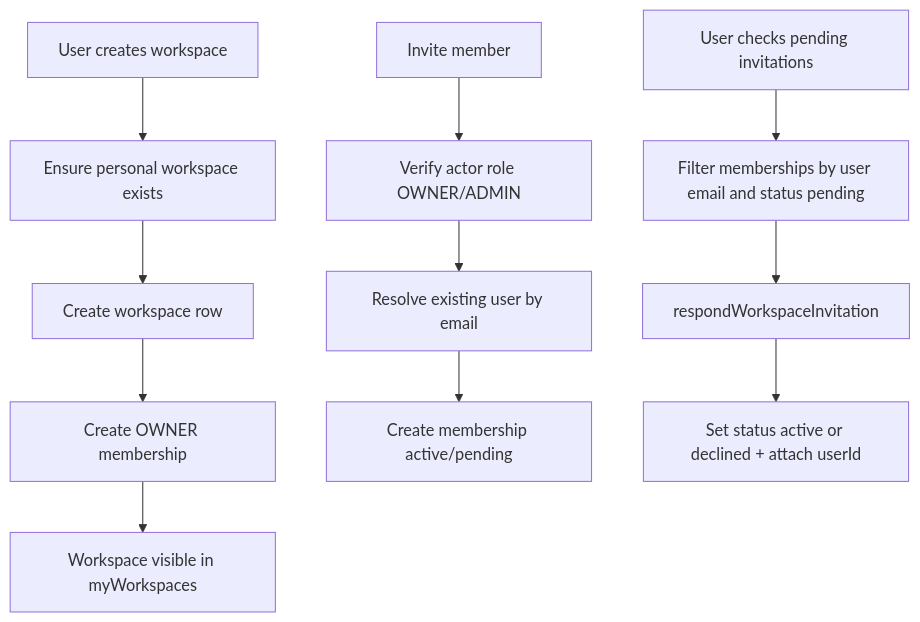
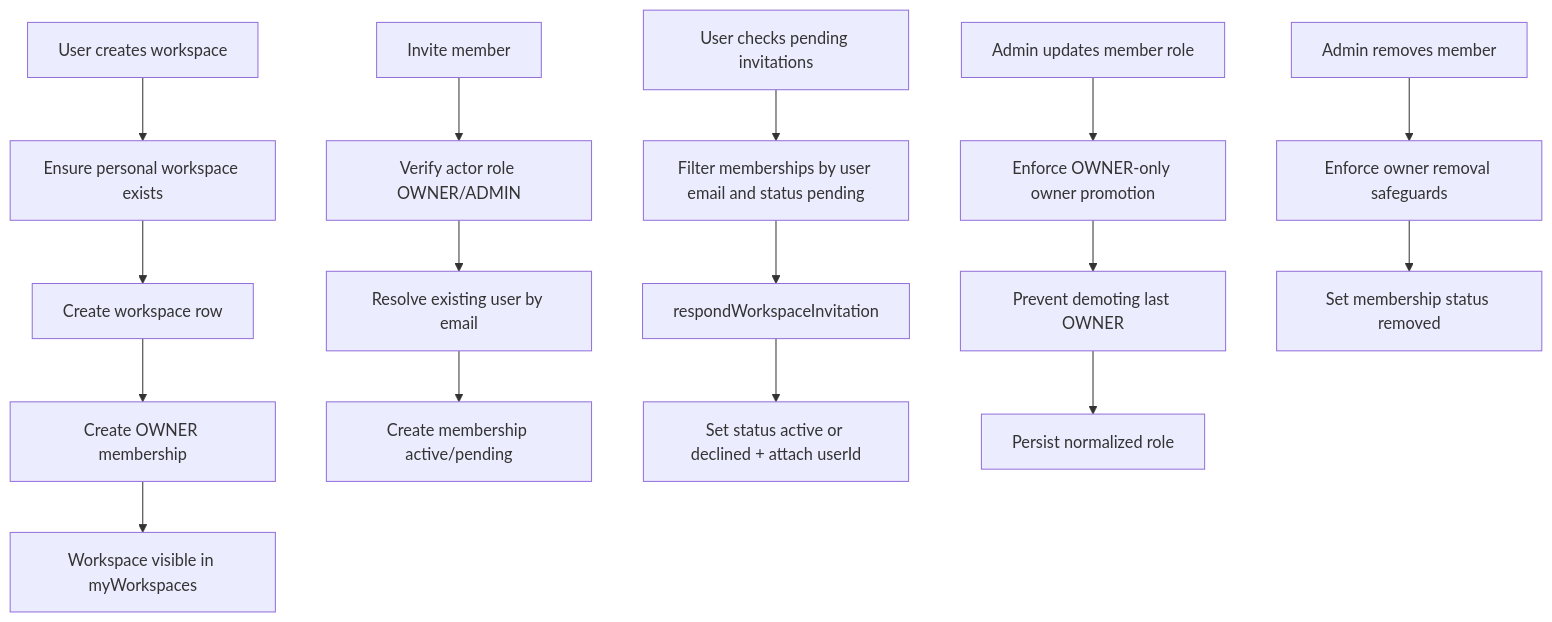
The diagram in apps/backend/src/workspace/README.md (AmanVatsSharma/MailZen-Smart-Email-Management), drawn with Mermaid before and after one commit. The commit also changed other lines of this file and 6 other files, not shown here.

Commit message:
Expand workspace member role and removal management

````diff
--- a/apps/backend/src/workspace/README.md
+++ b/apps/backend/src/workspace/README.md
@@ -38,15 +40,22 @@
 ```mermaid
 flowchart TD
   A[User creates workspace] --> B[Ensure personal workspace exists]
   B --> C[Create workspace row]
   C --> D[Create OWNER membership]
   D --> E[Workspace visible in myWorkspaces]
 
   F[Invite member] --> G[Verify actor role OWNER/ADMIN]
   G --> H[Resolve existing user by email]
   H --> I[Create membership active/pending]
 
   J[User checks pending invitations] --> K[Filter memberships by user email and status pending]
   K --> L[respondWorkspaceInvitation]
   L --> M[Set status active or declined + attach userId]
+
+  N[Admin updates member role] --> O[Enforce OWNER-only owner promotion]
+  O --> P[Prevent demoting last OWNER]
+  P --> Q[Persist normalized role]
+
+  R[Admin removes member] --> S[Enforce owner removal safeguards]
+  S --> T[Set membership status removed]
 ```
````
